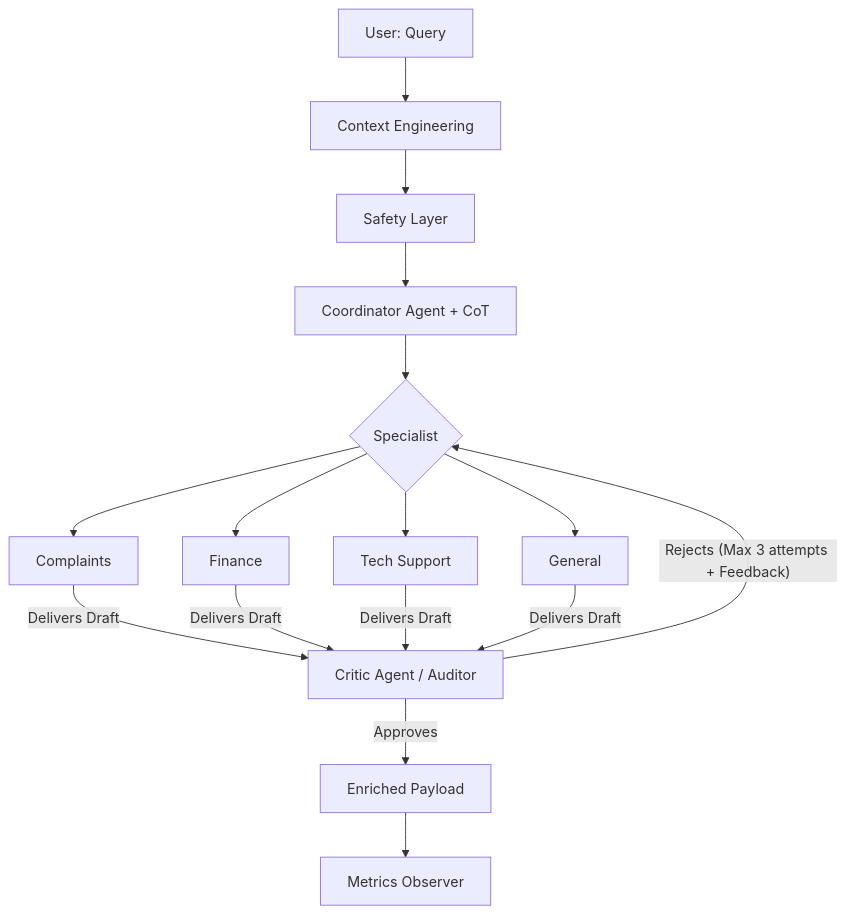
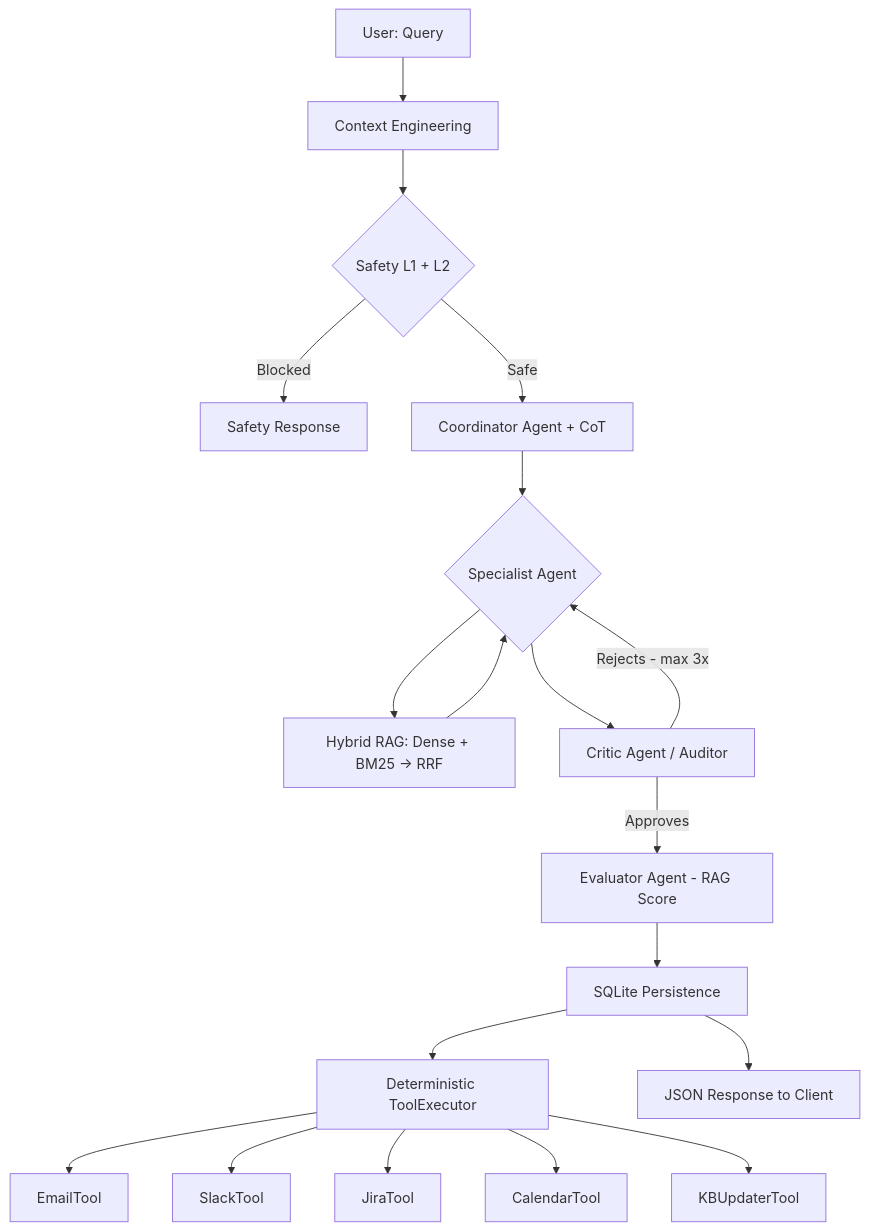
The diagram in architecture_reports/architecture_reports_en.md (cesesteban/Routing-Multi-Agent-Api), drawn with Mermaid before and after one commit. The commit also changed other lines of this file and 10 other files, not shown here.

````diff
--- a/architecture_reports/architecture_reports_en.md
+++ b/architecture_reports/architecture_reports_en.md
@@ -7,15 +7,21 @@
 ```mermaid
 graph TD
     A[User: Query] --> B[Context Engineering]
-    B --> C[Safety Layer]
-    C --> D[Coordinator Agent + CoT]
-    D --> E{Specialist}
-    E --> F[Complaints]
-    E --> G[Finance]
-    E --> H[Tech Support]
-    E --> I[General]
-    F & G & H & I -- "Delivers Draft" --> J[Critic Agent / Auditor]
-    J -- "Rejects (Max 3 attempts + Feedback)" --> E
-    J -- "Approves" --> K[Enriched Payload]
-    K --> L[Metrics Observer]
+    B --> C{Safety L1 + L2}
+    C -->|Blocked| D[Safety Response]
+    C -->|Safe| E[Coordinator Agent + CoT]
+    E --> F{Specialist Agent}
+    F --> G[Hybrid RAG: Dense + BM25 → RRF]
+    G --> F
+    F --> H[Critic Agent / Auditor]
+    H -->|Rejects - max 3x| F
+    H -->|Approves| I[Evaluator Agent - RAG Score]
+    I --> J[SQLite Persistence]
+    J --> K[Deterministic ToolExecutor]
+    K --> L[EmailTool]
+    K --> M[SlackTool]
+    K --> N[JiraTool]
+    K --> O[CalendarTool]
+    K --> P[KBUpdaterTool]
+    J --> Q[JSON Response to Client]
 ```
````
